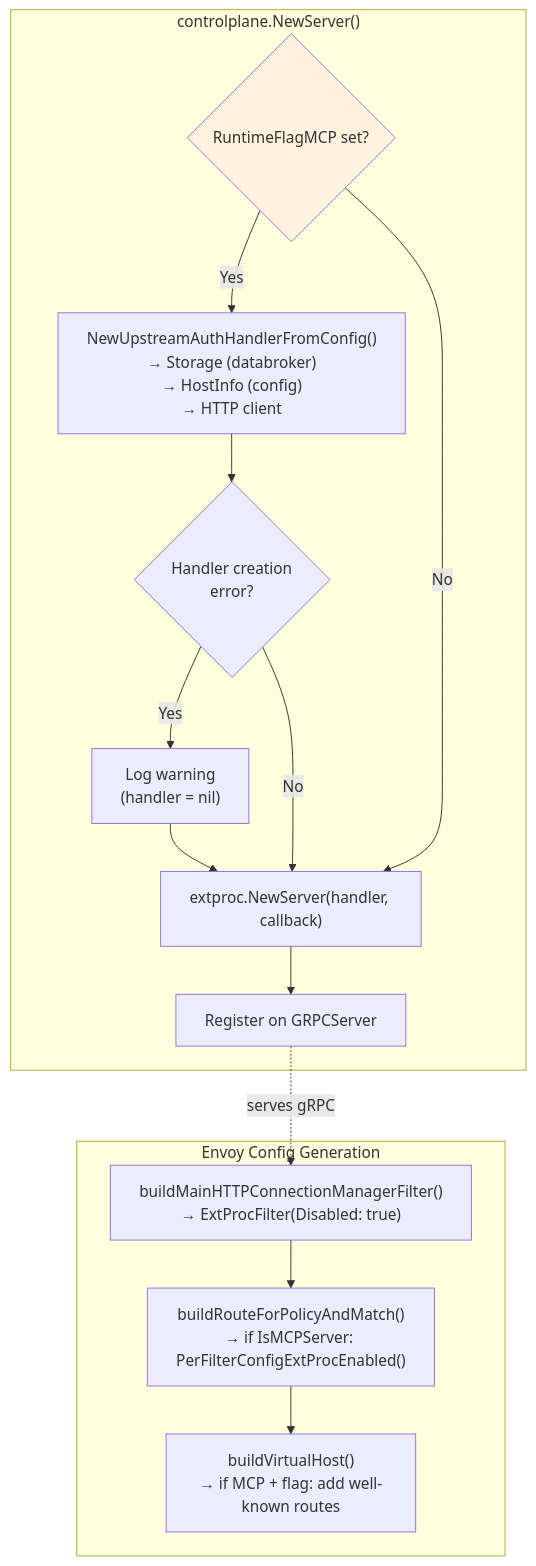
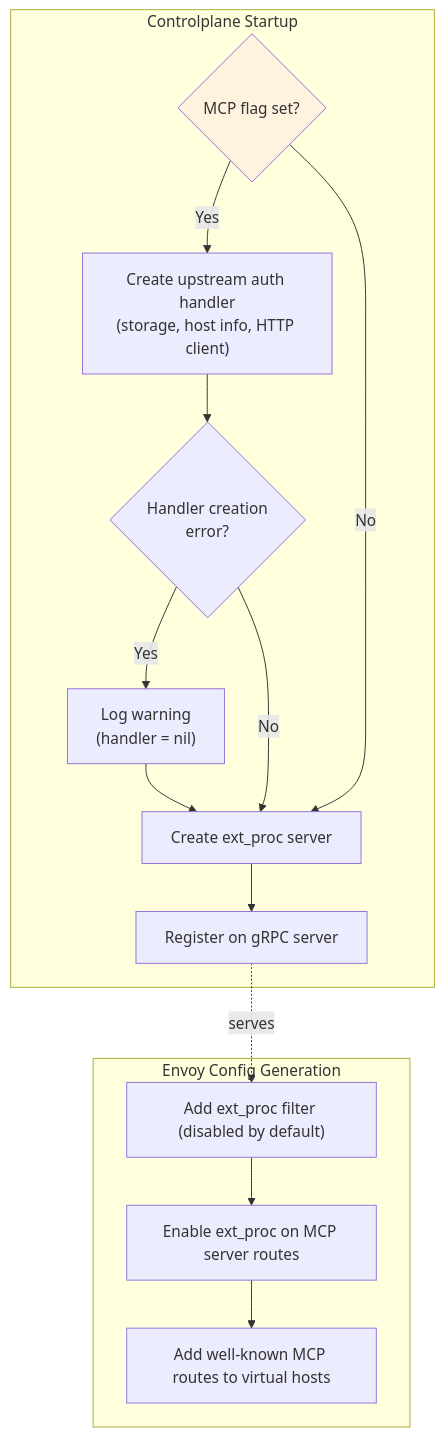
Before and after one commit to pomerium/pomerium: diagram 13 of 14 in internal/mcp/DESIGN.md, drawn with Mermaid. The commit also changed other lines of this file, not shown here.

````diff
--- a/internal/mcp/DESIGN.md
+++ b/internal/mcp/DESIGN.md
@@ -643,28 +665,28 @@
 ```mermaid
 flowchart TD
-    subgraph "controlplane.NewServer()"
-        CheckFlag{"RuntimeFlagMCP set?"}
-        CreateHandler["NewUpstreamAuthHandlerFromConfig()<br/>→ Storage (databroker)<br/>→ HostInfo (config)<br/>→ HTTP client"]
+    subgraph "Controlplane Startup"
+        CheckFlag{"MCP flag set?"}
+        CreateHandler["Create upstream auth handler<br/>(storage, host info, HTTP client)"]
         CheckHandlerErr{"Handler creation<br/>error?"}
         LogWarn["Log warning<br/>(handler = nil)"]
-        CreateExtProc["extproc.NewServer(handler, callback)"]
-        RegisterGRPC["Register on GRPCServer"]
+        CreateExtProc["Create ext_proc server"]
+        RegisterGRPC["Register on gRPC server"]
 
         CheckFlag -->|Yes| CreateHandler --> CheckHandlerErr
         CheckHandlerErr -->|Yes| LogWarn --> CreateExtProc
         CheckHandlerErr -->|No| CreateExtProc
         CheckFlag -->|No| CreateExtProc
         CreateExtProc --> RegisterGRPC
     end
 
     subgraph "Envoy Config Generation"
-        BuildFilters["buildMainHTTPConnectionManagerFilter()<br/>→ ExtProcFilter(Disabled: true)"]
-        BuildRoutes["buildRouteForPolicyAndMatch()<br/>→ if IsMCPServer: PerFilterConfigExtProcEnabled()"]
-        BuildVHosts["buildVirtualHost()<br/>→ if MCP + flag: add well-known routes"]
+        BuildFilters["Add ext_proc filter (disabled by default)"]
+        BuildRoutes["Enable ext_proc on MCP server routes"]
+        BuildVHosts["Add well-known MCP routes to virtual hosts"]
     end
 
-    RegisterGRPC -.->|"serves gRPC"| BuildFilters
+    RegisterGRPC -.->|"serves"| BuildFilters
     BuildFilters --> BuildRoutes --> BuildVHosts
 
     style CheckFlag fill:#fff3e0
 ```
````
